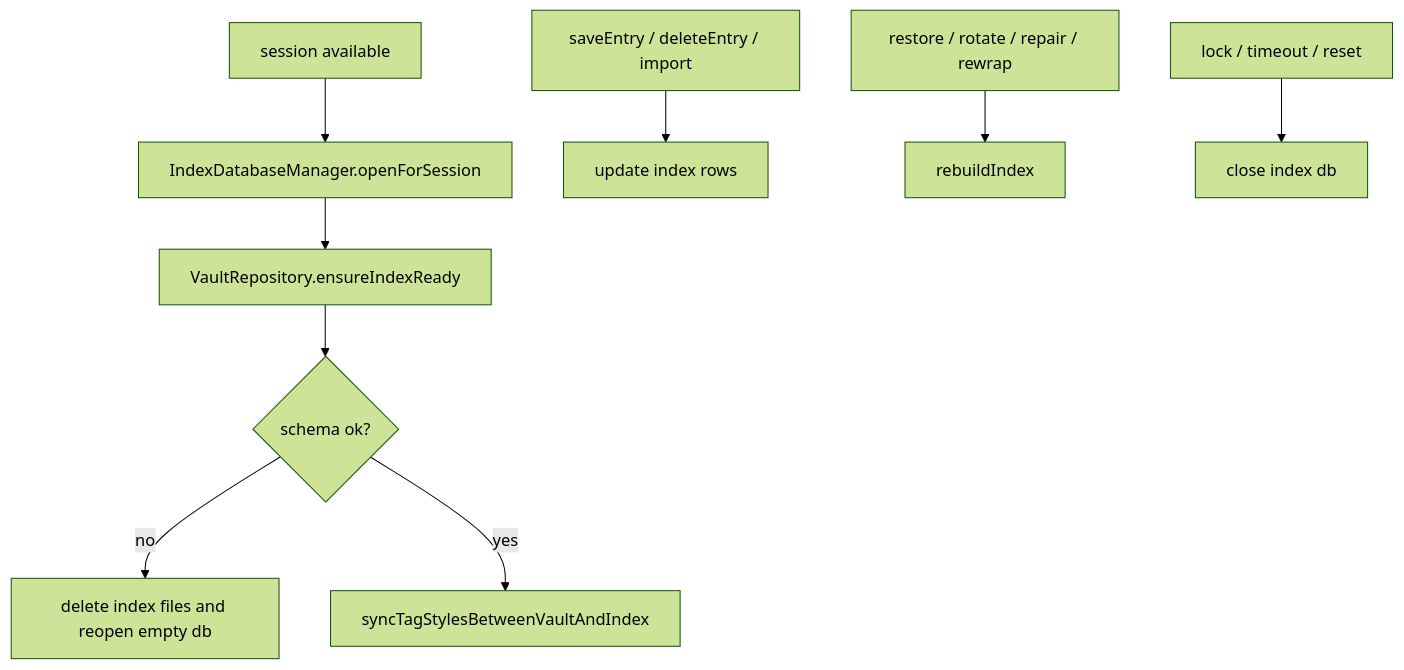
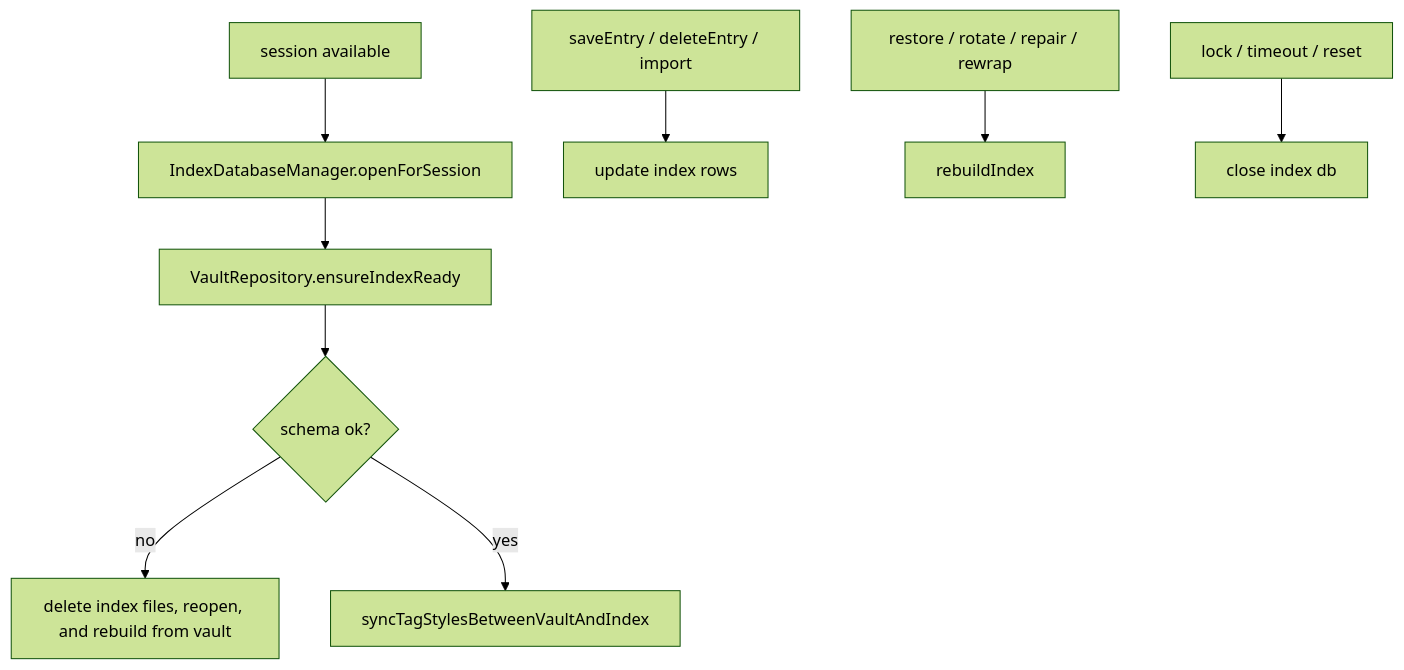
The diagram in docs/開發/資料/索引資料庫.md (zack20136/quill-diary), drawn with Mermaid (forest theme) before and after one commit. The commit also changed other lines of this file and 21 other files, not shown here.

````diff
--- a/docs/開發/資料/索引資料庫.md
+++ b/docs/開發/資料/索引資料庫.md
@@ -189,11 +189,11 @@
 ```mermaid
 flowchart TD
   A["session available"] --> B["IndexDatabaseManager.openForSession"]
   B --> C["VaultRepository.ensureIndexReady"]
   C --> D{"schema ok?"}
-  D -->|no| E["delete index files and reopen empty db"]
+  D -->|no| E["delete index files, reopen, and rebuild from vault"]
   D -->|yes| F["syncTagStylesBetweenVaultAndIndex"]
   G["saveEntry / deleteEntry / import"] --> H["update index rows"]
   I["restore / rotate / repair / rewrap"] --> J["rebuildIndex"]
   K["lock / timeout / reset"] --> L["close index db"]
 ```
````
